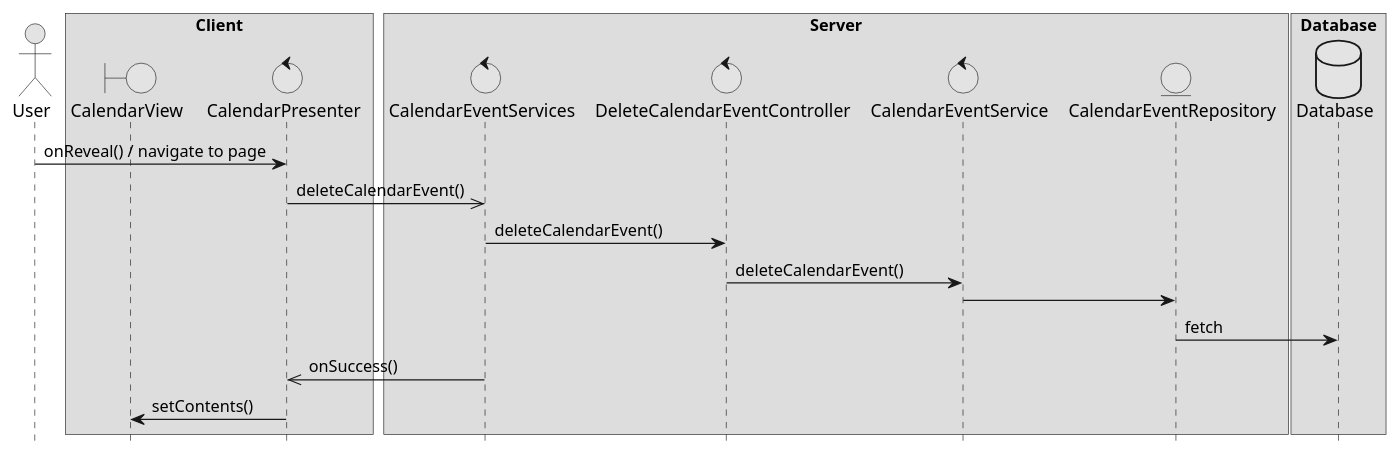
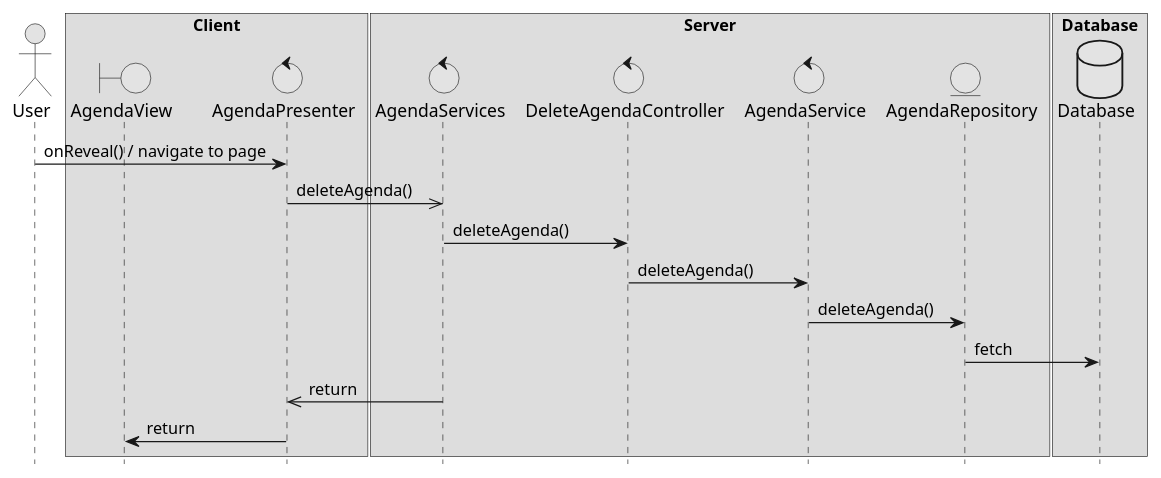
One commit to Fuel4us/EventManagingApp changed the diagram in docs/blue/1150372/sp2/design4.puml. Above: the diagram before and after it, drawn with PlantUML. The commit also changed 15 other files, not shown here.

```diff
--- a/docs/blue/1150372/sp2/design4.puml
+++ b/docs/blue/1150372/sp2/design4.puml
@@ -1,41 +1,41 @@
 @startuml  design4
 
 skinparam monochrome true
 skinparam shadowing false
 hide footbox
 
 actor User
-boundary CalendarView
-control CalendarPresenter
-control CalendarEventServices
-control DeleteCalendarEventController
-control CalendarEventService
-entity CalendarEventRepository
+boundary AgendaView
+control AgendaPresenter
+control AgendaServices
+control DeleteAgendaController
+control AgendaService
+entity AgendaRepository
 database Database 
 
 box "Client"
-participant CalendarView
-participant CalendarPresenter 
+participant AgendaView
+participant AgendaPresenter 
 end box
 
 box "Server"
-participant CalendarEventServices
-participant DeleteCalendarEventController
-participant CalendarEventService
-participant CalendarEventRepository
+participant AgendaServices
+participant DeleteAgendaController
+participant AgendaService
+participant AgendaRepository
 end box
 
 box "Database"
 participant Database
 end box
 
-User -> CalendarPresenter : onReveal() / navigate to page 
-CalendarPresenter ->> CalendarEventServices : deleteCalendarEvent()
-CalendarEventServices -> DeleteCalendarEventController : deleteCalendarEvent()
-DeleteCalendarEventController -> CalendarEventService : deleteCalendarEvent()
-CalendarEventService -> CalendarEventRepository : 
-CalendarEventRepository -> Database : fetch
-CalendarEventServices ->> CalendarPresenter : onSuccess() 
-CalendarPresenter -> CalendarView : setContents()
+User -> AgendaPresenter : onReveal() / navigate to page 
+AgendaPresenter ->> AgendaServices : deleteAgenda()
+AgendaServices -> DeleteAgendaController : deleteAgenda()
+DeleteAgendaController -> AgendaService : deleteAgenda()
+AgendaService -> AgendaRepository : deleteAgenda()
+AgendaRepository -> Database : fetch
+AgendaServices ->> AgendaPresenter : return
+AgendaPresenter -> AgendaView : return
 
 @enduml
```
